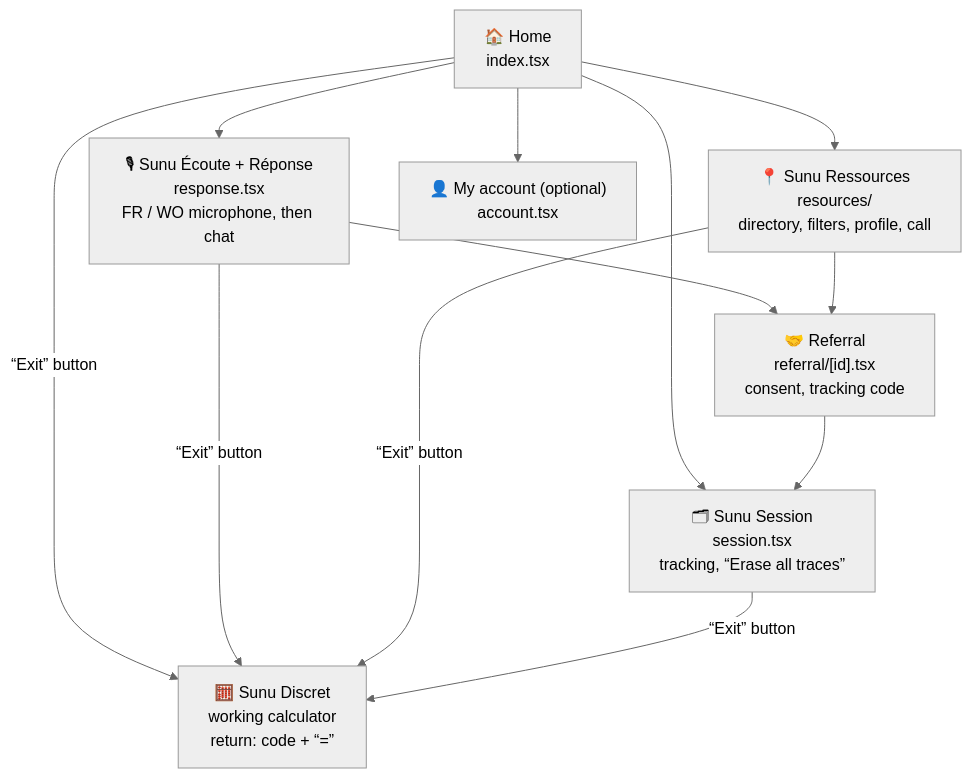
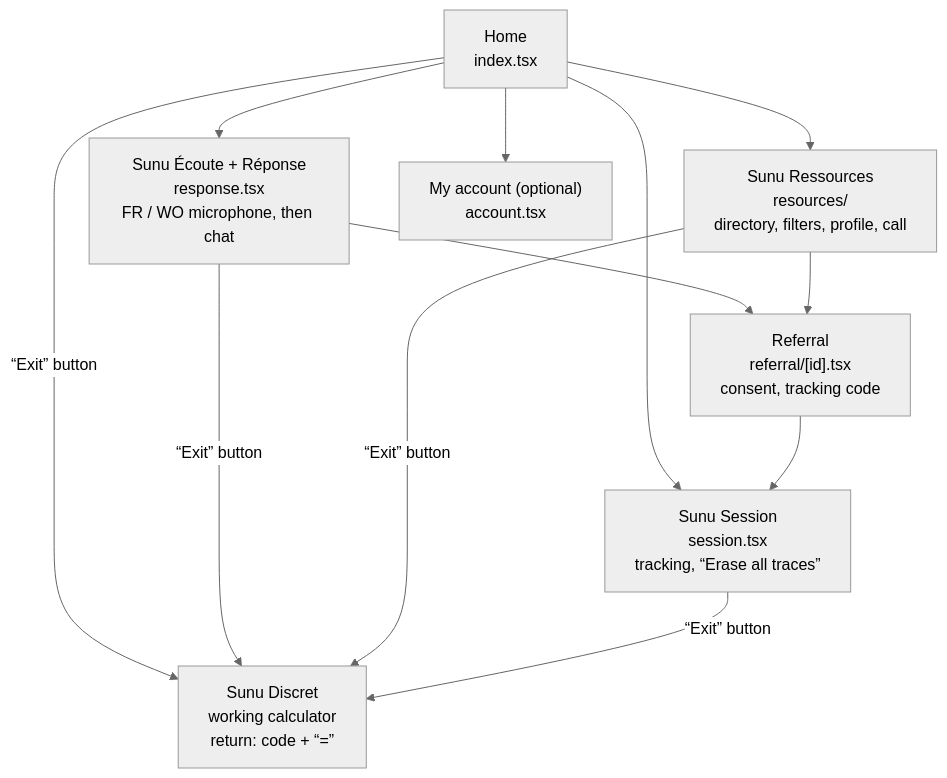
Before and after one commit to Dioumadev221/SUNUSAFEGUARD: diagram 14 of 17 in README.md, drawn with Mermaid (neutral theme). The commit also changed other lines of this file and 1 other file, not shown here.

````diff
--- a/README.md
+++ b/README.md
@@ -639,11 +639,11 @@
 ```mermaid
 flowchart TB
-    HOME["🏠 Home<br/>index.tsx"] --> LISTEN["🎙 Sunu Écoute + Réponse<br/>response.tsx<br/>FR / WO microphone, then chat"]
-    HOME --> RES["📍 Sunu Ressources<br/>resources/<br/>directory, filters, profile, call"]
-    HOME --> SES["🗂 Sunu Session<br/>session.tsx<br/>tracking, “Erase all traces”"]
-    HOME --> ACC["👤 My account (optional)<br/>account.tsx"]
-    LISTEN --> REF["🤝 Referral<br/>referral/[id].tsx<br/>consent, tracking code"]
+    HOME["Home<br/>index.tsx"] --> LISTEN["Sunu Écoute + Réponse<br/>response.tsx<br/>FR / WO microphone, then chat"]
+    HOME --> RES["Sunu Ressources<br/>resources/<br/>directory, filters, profile, call"]
+    HOME --> SES["Sunu Session<br/>session.tsx<br/>tracking, “Erase all traces”"]
+    HOME --> ACC["My account (optional)<br/>account.tsx"]
+    LISTEN --> REF["Referral<br/>referral/[id].tsx<br/>consent, tracking code"]
     RES --> REF
     REF --> SES
-    HOME & LISTEN & RES & SES -->|"“Exit” button"| DISC["🧮 Sunu Discret<br/>working calculator<br/>return: code + “=”"]
+    HOME & LISTEN & RES & SES -->|"“Exit” button"| DISC["Sunu Discret<br/>working calculator<br/>return: code + “=”"]
 ```
````
